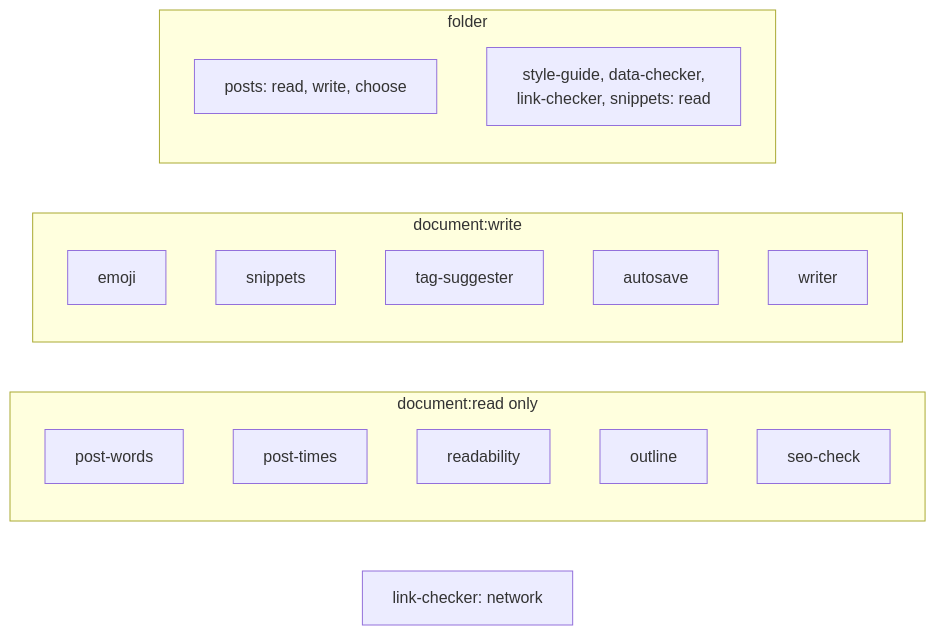
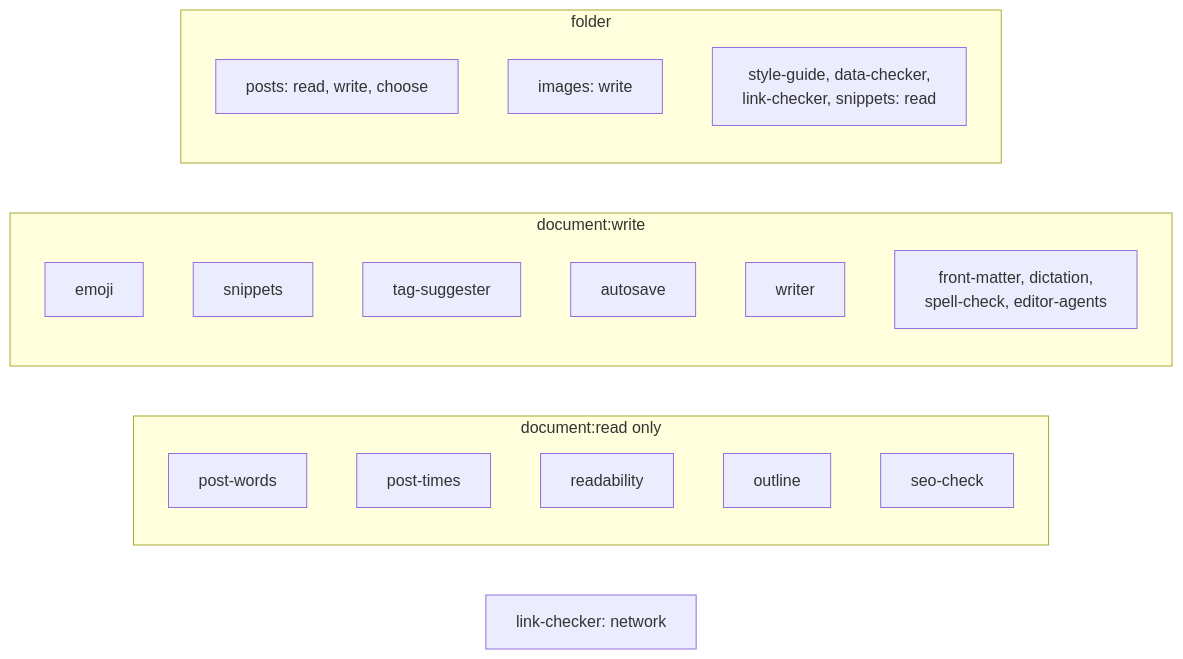
One commit to PaulKinlan/ExtensibleWebApps changed the ninth of 9 diagrams in docs/guide/markdown-editor.md. Above: the diagram before and after it, drawn with Mermaid. The commit also changed other lines of this file and 33 other files, not shown here.

First line of the commit message:
Finish the Markdown editor: dictation, spell check, Hugo preview, images, front matter form, WebMCP, notifications

````diff
--- a/docs/guide/markdown-editor.md
+++ b/docs/guide/markdown-editor.md
@@ -435,22 +496,24 @@
 ```mermaid
 flowchart LR
   subgraph read["document:read only"]
     pw[post-words]
     pt[post-times]
     rd[readability]
     ol[outline]
     seo[seo-check]
   end
   subgraph write["document:write"]
     em[emoji]
     sn[snippets]
     tg[tag-suggester]
     au[autosave]
     wr[writer]
+    fm[front-matter, dictation,<br/>spell-check, editor-agents]
   end
   subgraph files["folder"]
     po[posts: read, write, choose]
+    im[images: write]
     others[style-guide, data-checker,<br/>link-checker, snippets: read]
   end
   net[link-checker: network]
 ```
````
